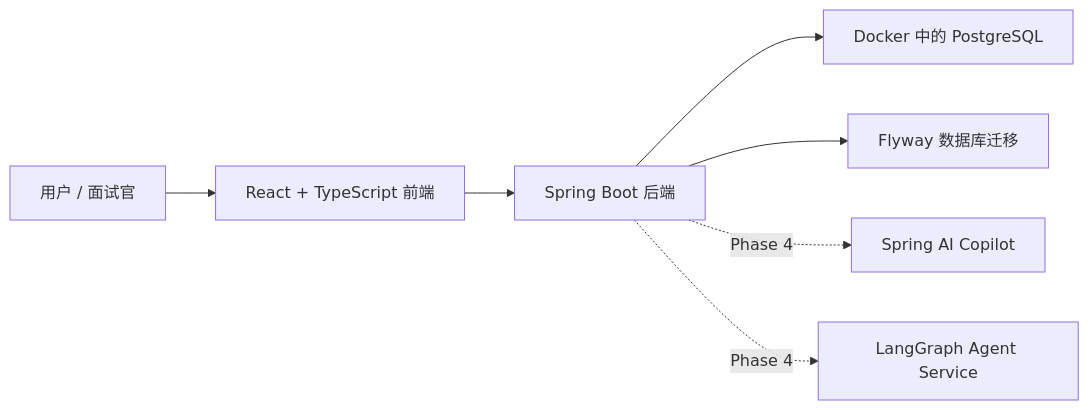
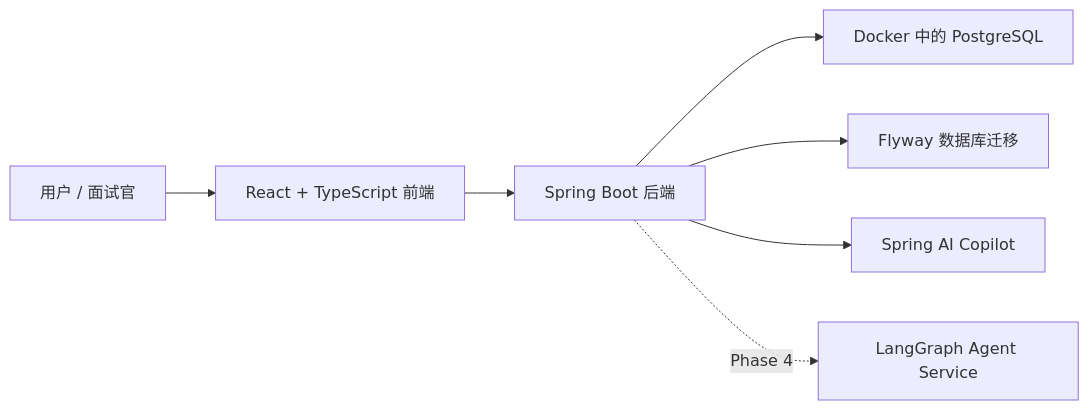
Before and after one commit to vokyo/FlowAi: the diagram in README.zh-CN.md, drawn with Mermaid. The commit also changed other lines of this file and 84 other files, not shown here.

Commit message:
feat(ai): complete Spring AI Copilot lifecycle, apply flow, summaries, and UI

````diff
--- a/README.zh-CN.md
+++ b/README.zh-CN.md
@@ -65,9 +66,9 @@
 ```mermaid
 flowchart LR
     User["用户 / 面试官"] --> Frontend["React + TypeScript 前端"]
     Frontend --> Backend["Spring Boot 后端"]
     Backend --> Database["Docker 中的 PostgreSQL"]
     Backend --> Flyway["Flyway 数据库迁移"]
-    Backend -. Phase 4 .-> Copilot["Spring AI Copilot"]
+    Backend --> Copilot["Spring AI Copilot"]
     Backend -. Phase 4 .-> Agent["LangGraph Agent Service"]
 ```
````
